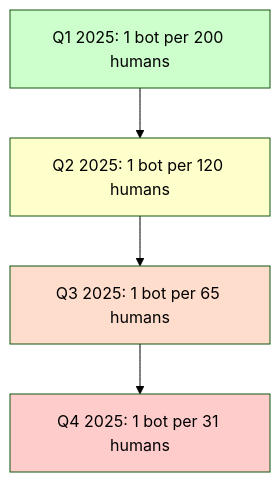
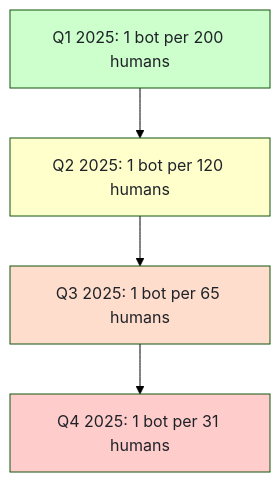
One commit to bytetunnels/bytetunnels.github.com changed the first of 3 diagrams in _posts/2026-02-25-the-ai-bot-traffic-explosion-what-1-bot-per-31-humans-means-for-the-web.md. Above: the diagram before and after it, drawn with Mermaid (forest theme). The commit also changed other lines of this file and 118 other files, not shown here.

Commit message:
feat: improve diagram styling and compact wide flowcharts

````diff
--- a/_posts/2026-02-25-the-ai-bot-traffic-explosion-what-1-bot-per-31-humans-means-for-the-web.md
+++ b/_posts/2026-02-25-the-ai-bot-traffic-explosion-what-1-bot-per-31-humans-means-for-the-web.md
@@ -21,11 +21,11 @@
 ```mermaid
 flowchart TD
     A["Q1 2025: 1 bot per 200 humans"] --> B["Q2 2025: 1 bot per 120 humans"]
     B --> C["Q3 2025: 1 bot per 65 humans"]
     C --> D["Q4 2025: 1 bot per 31 humans"]
 
-    style A fill:#ccffcc
-    style B fill:#ffffcc
-    style C fill:#ffddcc
-    style D fill:#ffcccc
+    style A fill:#ccffcc,color:#1f2328
+    style B fill:#ffffcc,color:#1f2328
+    style C fill:#ffddcc,color:#1f2328
+    style D fill:#ffcccc,color:#1f2328
 ```
````
